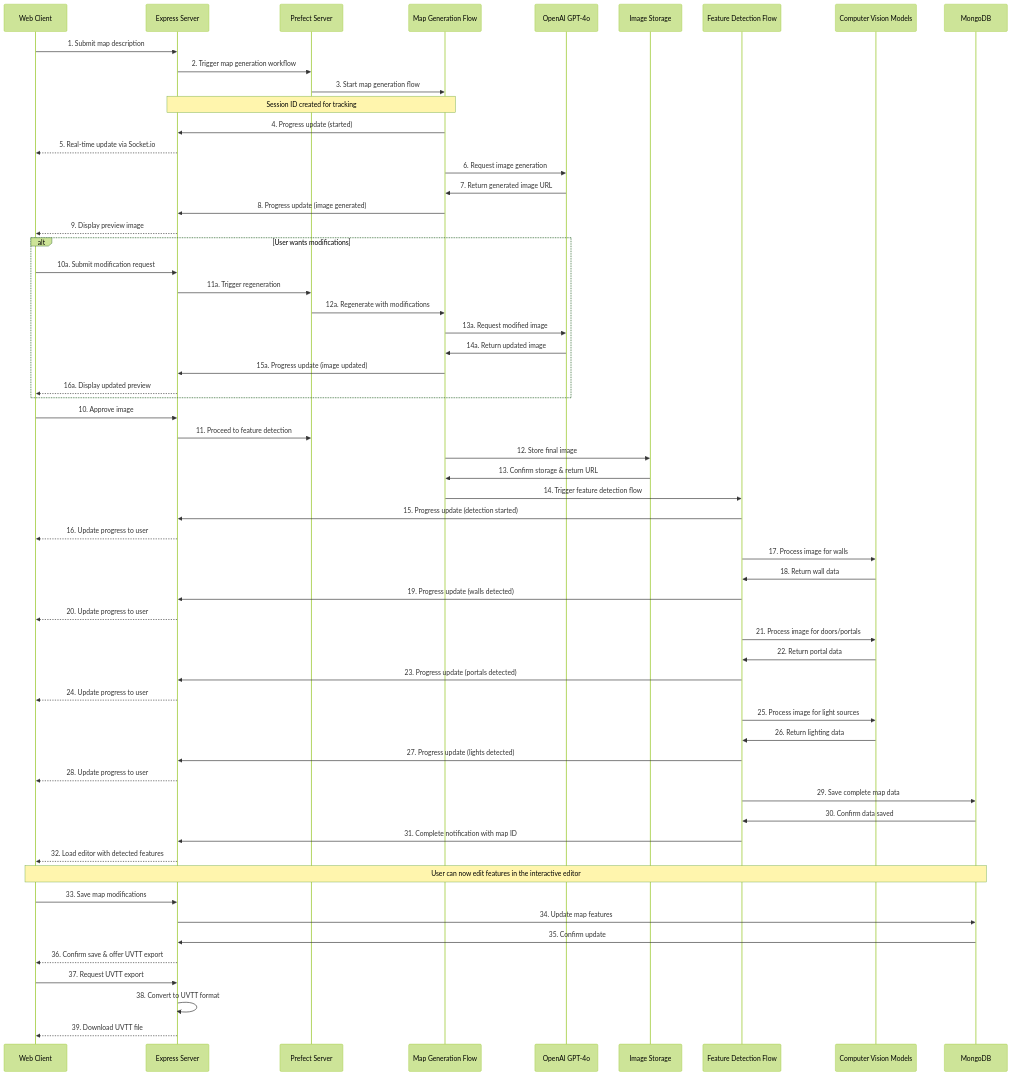
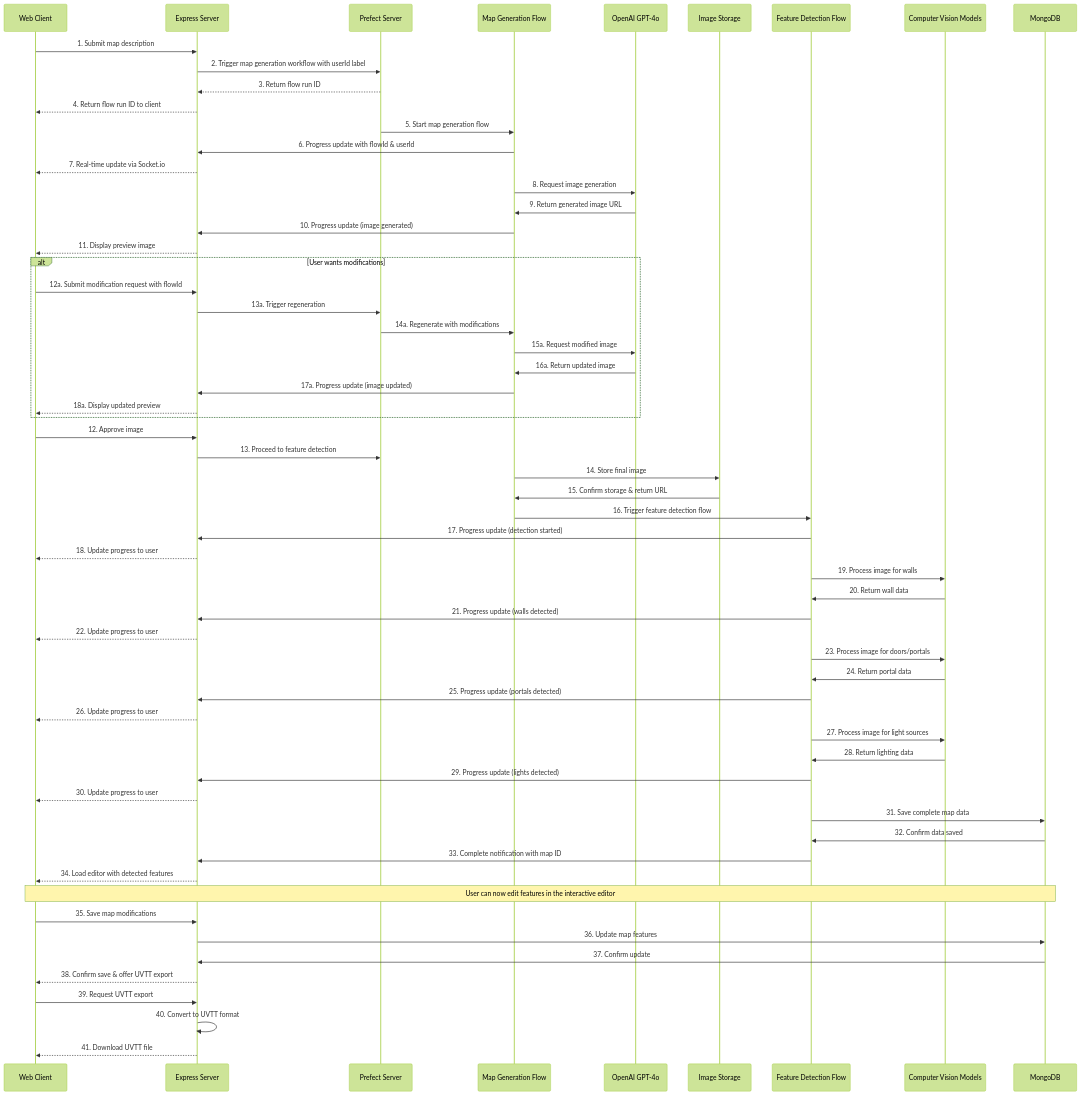
One commit to mixtli/dungeon-lab changed the diagram in docs/ai-map-builder.md. Above: the diagram before and after it, drawn with Mermaid (forest theme). The commit also changed other lines of this file and 20 other files, not shown here.

````diff
--- a/docs/ai-map-builder.md
+++ b/docs/ai-map-builder.md
@@ -441,80 +441,81 @@
 ```mermaid
 sequenceDiagram
     participant User as Web Client
     participant Express as Express Server
     participant Prefect as Prefect Server
     participant MapGen as Map Generation Flow
     participant OpenAI as OpenAI GPT-4o
     participant MinIO as Image Storage
     participant FeatureDetect as Feature Detection Flow
     participant CV as Computer Vision Models
     participant MongoDB as MongoDB
     
     User->>Express: 1. Submit map description
-    Express->>Prefect: 2. Trigger map generation workflow
-    Prefect->>MapGen: 3. Start map generation flow
+    Express->>Prefect: 2. Trigger map generation workflow with userId label
+    Prefect-->>Express: 3. Return flow run ID
+    Express-->>User: 4. Return flow run ID to client
     
-    Note over Express,MapGen: Session ID created for tracking
+    Prefect->>MapGen: 5. Start map generation flow
     
-    MapGen->>Express: 4. Progress update (started)
-    Express-->>User: 5. Real-time update via Socket.io
+    MapGen->>Express: 6. Progress update with flowId & userId
+    Express-->>User: 7. Real-time update via Socket.io
     
-    MapGen->>OpenAI: 6. Request image generation
-    OpenAI->>MapGen: 7. Return generated image URL
+    MapGen->>OpenAI: 8. Request image generation
+    OpenAI->>MapGen: 9. Return generated image URL
     
-    MapGen->>Express: 8. Progress update (image generated)
-    Express-->>User: 9. Display preview image
+    MapGen->>Express: 10. Progress update (image generated)
+    Express-->>User: 11. Display preview image
     
     alt User wants modifications
-        User->>Express: 10a. Submit modification request
-        Express->>Prefect: 11a. Trigger regeneration
-        Prefect->>MapGen: 12a. Regenerate with modifications
-        MapGen->>OpenAI: 13a. Request modified image
-        OpenAI->>MapGen: 14a. Return updated image
-        MapGen->>Express: 15a. Progress update (image updated)
-        Express-->>User: 16a. Display updated preview
+        User->>Express: 12a. Submit modification request with flowId
+        Express->>Prefect: 13a. Trigger regeneration
+        Prefect->>MapGen: 14a. Regenerate with modifications
+        MapGen->>OpenAI: 15a. Request modified image
+        OpenAI->>MapGen: 16a. Return updated image
+        MapGen->>Express: 17a. Progress update (image updated)
+        Express-->>User: 18a. Display updated preview
     end
     
-    User->>Express: 10. Approve image
-    Express->>Prefect: 11. Proceed to feature detection
+    User->>Express: 12. Approve image
+    Express->>Prefect: 13. Proceed to feature detection
     
-    MapGen->>MinIO: 12. Store final image
-    MinIO->>MapGen: 13. Confirm storage & return URL
+    MapGen->>MinIO: 14. Store final image
+    MinIO->>MapGen: 15. Confirm storage & return URL
     
-    MapGen->>FeatureDetect: 14. Trigger feature detection flow
+    MapGen->>FeatureDetect: 16. Trigger feature detection flow
     
-    FeatureDetect->>Express: 15. Progress update (detection started)
-    Express-->>User: 16. Update progress to user
+    FeatureDetect->>Express: 17. Progress update (detection started)
+    Express-->>User: 18. Update progress to user
     
-    FeatureDetect->>CV: 17. Process image for walls
-    CV->>FeatureDetect: 18. Return wall data
-    FeatureDetect->>Express: 19. Progress update (walls detected)
-    Express-->>User: 20. Update progress to user
+    FeatureDetect->>CV: 19. Process image for walls
+    CV->>FeatureDetect: 20. Return wall data
+    FeatureDetect->>Express: 21. Progress update (walls detected)
+    Express-->>User: 22. Update progress to user
     
-    FeatureDetect->>CV: 21. Process image for doors/portals
-    CV->>FeatureDetect: 22. Return portal data
-    FeatureDetect->>Express: 23. Progress update (portals detected)
-    Express-->>User: 24. Update progress to user
+    FeatureDetect->>CV: 23. Process image for doors/portals
+    CV->>FeatureDetect: 24. Return portal data
+    FeatureDetect->>Express: 25. Progress update (portals detected)
+    Express-->>User: 26. Update progress to user
     
-    FeatureDetect->>CV: 25. Process image for light sources
-    CV->>FeatureDetect: 26. Return lighting data
-    FeatureDetect->>Express: 27. Progress update (lights detected)
-    Express-->>User: 28. Update progress to user
+    FeatureDetect->>CV: 27. Process image for light sources
+    CV->>FeatureDetect: 28. Return lighting data
+    FeatureDetect->>Express: 29. Progress update (lights detected)
+    Express-->>User: 30. Update progress to user
     
-    FeatureDetect->>MongoDB: 29. Save complete map data
-    MongoDB->>FeatureDetect: 30. Confirm data saved
+    FeatureDetect->>MongoDB: 31. Save complete map data
+    MongoDB->>FeatureDetect: 32. Confirm data saved
     
-    FeatureDetect->>Express: 31. Complete notification with map ID
-    Express-->>User: 32. Load editor with detected features
+    FeatureDetect->>Express: 33. Complete notification with map ID
+    Express-->>User: 34. Load editor with detected features
     
     Note over User,MongoDB: User can now edit features in the interactive editor
     
-    User->>Express: 33. Save map modifications
-    Express->>MongoDB: 34. Update map features
-    MongoDB->>Express: 35. Confirm update
-    Express-->>User: 36. Confirm save & offer UVTT export
+    User->>Express: 35. Save map modifications
+    Express->>MongoDB: 36. Update map features
+    MongoDB->>Express: 37. Confirm update
+    Express-->>User: 38. Confirm save & offer UVTT export
     
-    User->>Express: 37. Request UVTT export
-    Express->>Express: 38. Convert to UVTT format
-    Express-->>User: 39. Download UVTT file
+    User->>Express: 39. Request UVTT export
+    Express->>Express: 40. Convert to UVTT format
+    Express-->>User: 41. Download UVTT file
 ```
````
